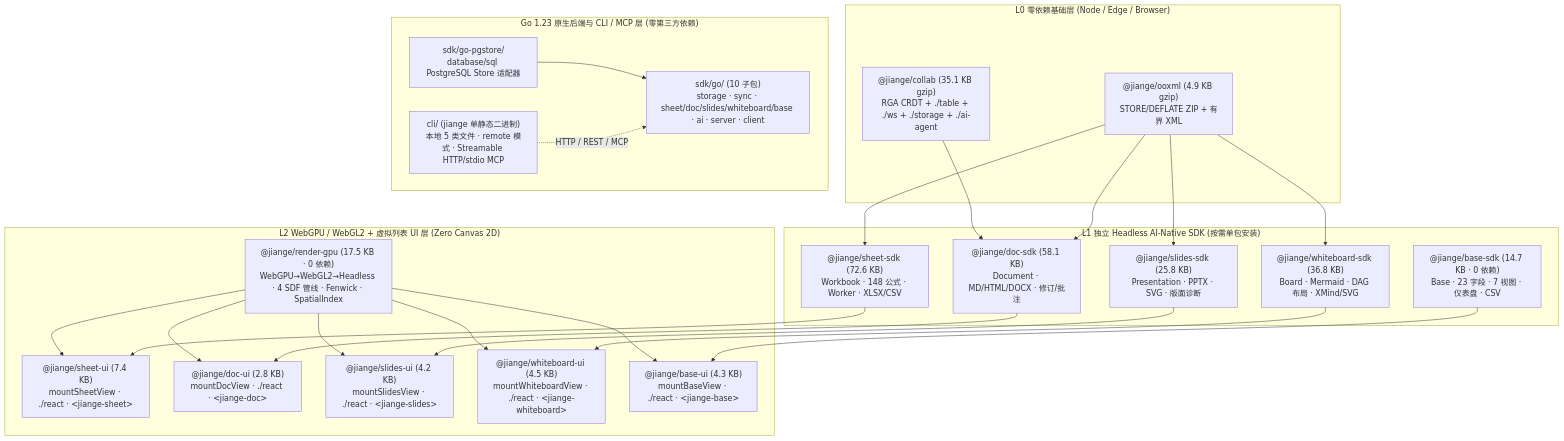
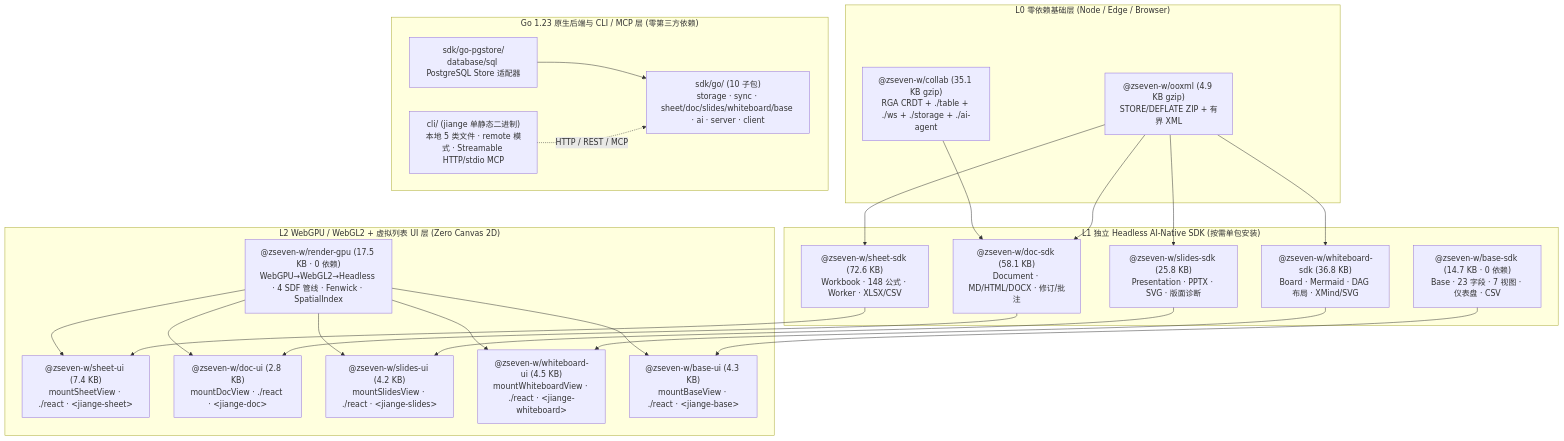
Before and after one commit to ZSeven-W/jiange: the diagram in sdk-docs/README.md, drawn with Mermaid. The commit also changed other lines of this file and 330 other files, not shown here.

Commit message:
chore(sdk): publish all 13 TypeScript SDKs under @zseven-w/* scope

````diff
--- a/sdk-docs/README.md
+++ b/sdk-docs/README.md
@@ -27,50 +27,50 @@
 ```mermaid
 flowchart TB
   subgraph L0["L0 零依赖基础层 (Node / Edge / Browser)"]
-    OOXML["@jiange/ooxml (4.9 KB gzip)<br/>STORE/DEFLATE ZIP + 有界 XML"]
-    COLLAB["@jiange/collab (35.1 KB gzip)<br/>RGA CRDT + ./table + ./ws + ./storage + ./ai-agent"]
+    OOXML["@zseven-w/ooxml (4.9 KB gzip)<br/>STORE/DEFLATE ZIP + 有界 XML"]
+    COLLAB["@zseven-w/collab (35.1 KB gzip)<br/>RGA CRDT + ./table + ./ws + ./storage + ./ai-agent"]
   end
 
   subgraph L1["L1 独立 Headless AI-Native SDK (按需单包安装)"]
-    SHEET["@jiange/sheet-sdk (72.6 KB)<br/>Workbook · 148 公式 · Worker · XLSX/CSV"]
-    DOC["@jiange/doc-sdk (58.1 KB)<br/>Document · MD/HTML/DOCX · 修订/批注"]
-    SLIDES["@jiange/slides-sdk (25.8 KB)<br/>Presentation · PPTX · SVG · 版面诊断"]
-    BOARD["@jiange/whiteboard-sdk (36.8 KB)<br/>Board · Mermaid · DAG 布局 · XMind/SVG"]
-    BASE["@jiange/base-sdk (14.7 KB · 0 依赖)<br/>Base · 23 字段 · 7 视图 · 仪表盘 · CSV"]
+    SHEET["@zseven-w/sheet-sdk (72.6 KB)<br/>Workbook · 148 公式 · Worker · XLSX/CSV"]
+    DOC["@zseven-w/doc-sdk (58.1 KB)<br/>Document · MD/HTML/DOCX · 修订/批注"]
+    SLIDES["@zseven-w/slides-sdk (25.8 KB)<br/>Presentation · PPTX · SVG · 版面诊断"]
+    BOARD["@zseven-w/whiteboard-sdk (36.8 KB)<br/>Board · Mermaid · DAG 布局 · XMind/SVG"]
+    BASE["@zseven-w/base-sdk (14.7 KB · 0 依赖)<br/>Base · 23 字段 · 7 视图 · 仪表盘 · CSV"]
   end
 
   subgraph L2["L2 WebGPU / WebGL2 + 虚拟列表 UI 层 (Zero Canvas 2D)"]
-    GPU["@jiange/render-gpu (17.5 KB · 0 依赖)<br/>WebGPU→WebGL2→Headless · 4 SDF 管线 · Fenwick · SpatialIndex"]
-    SUI["@jiange/sheet-ui (7.4 KB)<br/>mountSheetView · ./react · &lt;jiange-sheet&gt;"]
-    DUI["@jiange/doc-ui (2.8 KB)<br/>mountDocView · ./react · &lt;jiange-doc&gt;"]
-    PUI["@jiange/slides-ui (4.2 KB)<br/>mountSlidesView · ./react · &lt;jiange-slides&gt;"]
-    WUI["@jiange/whiteboard-ui (4.5 KB)<br/>mountWhiteboardView · ./react · &lt;jiange-whiteboard&gt;"]
-    BUI["@jiange/base-ui (4.3 KB)<br/>mountBaseView · ./react · &lt;jiange-base&gt;"]
+    GPU["@zseven-w/render-gpu (17.5 KB · 0 依赖)<br/>WebGPU→WebGL2→Headless · 4 SDF 管线 · Fenwick · SpatialIndex"]
+    SUI["@zseven-w/sheet-ui (7.4 KB)<br/>mountSheetView · ./react · &lt;jiange-sheet&gt;"]
+    DUI["@zseven-w/doc-ui (2.8 KB)<br/>mountDocView · ./react · &lt;jiange-doc&gt;"]
+    PUI["@zseven-w/slides-ui (4.2 KB)<br/>mountSlidesView · ./react · &lt;jiange-slides&gt;"]
+    WUI["@zseven-w/whiteboard-ui (4.5 KB)<br/>mountWhiteboardView · ./react · &lt;jiange-whiteboard&gt;"]
+    BUI["@zseven-w/base-ui (4.3 KB)<br/>mountBaseView · ./react · &lt;jiange-base&gt;"]
   end
 
   subgraph GO["Go 1.23 原生后端与 CLI / MCP 层 (零第三方依赖)"]
     GOSDK["sdk/go/ (10 子包)<br/>storage · sync · sheet/doc/slides/whiteboard/base · ai · server · client"]
     PGSTORE["sdk/go-pgstore/<br/>database/sql PostgreSQL Store 适配器"]
     CLI["cli/ (jiange 单静态二进制)<br/>本地 5 类文件 · remote 模式 · Streamable HTTP/stdio MCP"]
   end
 
   OOXML --> SHEET
   OOXML --> DOC
   COLLAB --> DOC
   OOXML --> SLIDES
   OOXML --> BOARD
 
   SHEET --> SUI
   GPU --> SUI
   DOC --> DUI
   GPU --> DUI
   SLIDES --> PUI
   GPU --> PUI
   BOARD --> WUI
   GPU --> WUI
   BASE --> BUI
   GPU --> BUI
 
   PGSTORE --> GOSDK
   CLI -. "HTTP / REST / MCP" .-> GOSDK
 ```
````
